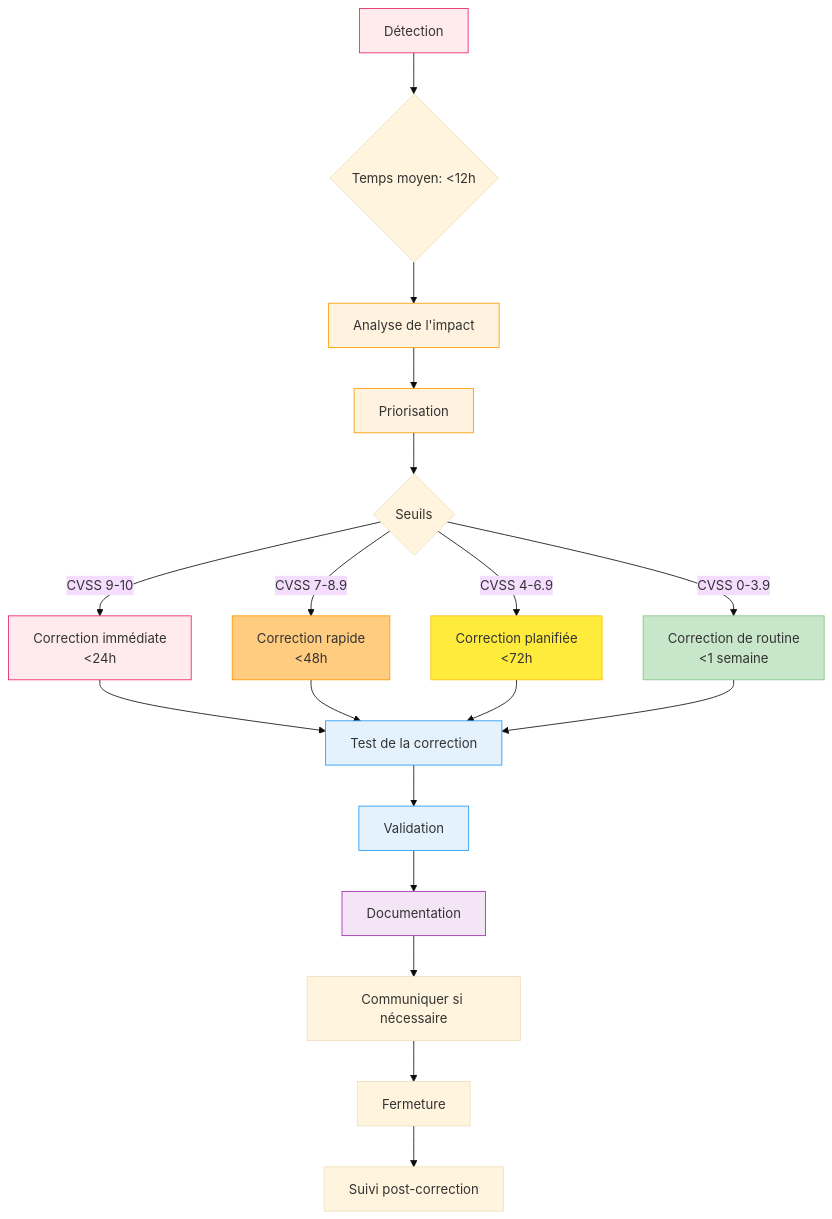
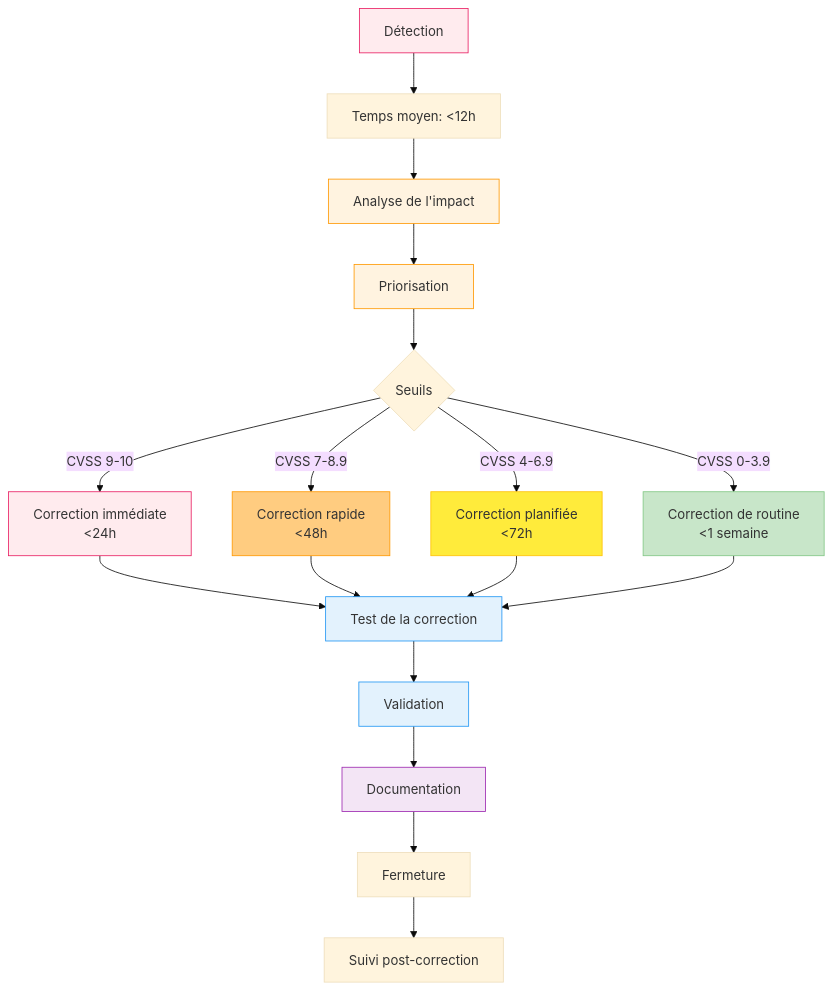
Before and after one commit to Mamoru-fr/AMT-Express: the second of 2 diagrams in documents/dossiers/dossierProjet/annexes/registre-vulnerabilites.md, drawn with Mermaid (base theme). The commit also changed other lines of this file and 2 other files, not shown here.

First line of the commit message:
docs(rncp): correction des CVE et PR faux - réécriture honnête du §10 et annexe #11

````diff
--- a/documents/dossiers/dossierProjet/annexes/registre-vulnerabilites.md
+++ b/documents/dossiers/dossierProjet/annexes/registre-vulnerabilites.md
@@ -78,39 +99,37 @@
 ```mermaid
 flowchart TD
-    A[Détection] --> B{Temps moyen: <12h}
+    A[Détection] --> B[Temps moyen: <12h]
     B --> C[Analyse de l'impact]
     C --> D[Priorisation]
     D --> E{Seuils}
     
     E -->|CVSS 9-10| F[Correction immédiate
     <24h]
     E -->|CVSS 7-8.9| G[Correction rapide
     <48h]
     E -->|CVSS 4-6.9| H[Correction planifiée
     <72h]
     E -->|CVSS 0-3.9| I[Correction de routine
     <1 semaine]
     
     F --> J[Test de la correction]
     G --> J
     H --> J
     I --> J
     
     J --> K[Validation]
     K --> L[Documentation]
-    L --> M[Communiquer si nécessaire]
-    M --> N[Fermeture]
-    
-    N --> O[Suivi post-correction]
+    L --> M[Fermeture]
+    M --> N[Suivi post-correction]
     
     style A fill:#ffebee,stroke:#e91e63
     style C fill:#fff3e0,stroke:#ff9800
     style D fill:#fff3e0,stroke:#ff9800
     style F fill:#ffebee,stroke:#e91e63
     style G fill:#ffcc80,stroke:#ff9800
     style H fill:#ffeb3b,stroke:#ffc107
     style I fill:#c8e6c9,stroke:#81c784
     style J fill:#e3f2fd,stroke:#2196f3
     style K fill:#e3f2fd,stroke:#2196f3
     style L fill:#f3e5f5,stroke:#9c27b0
 ```
````
